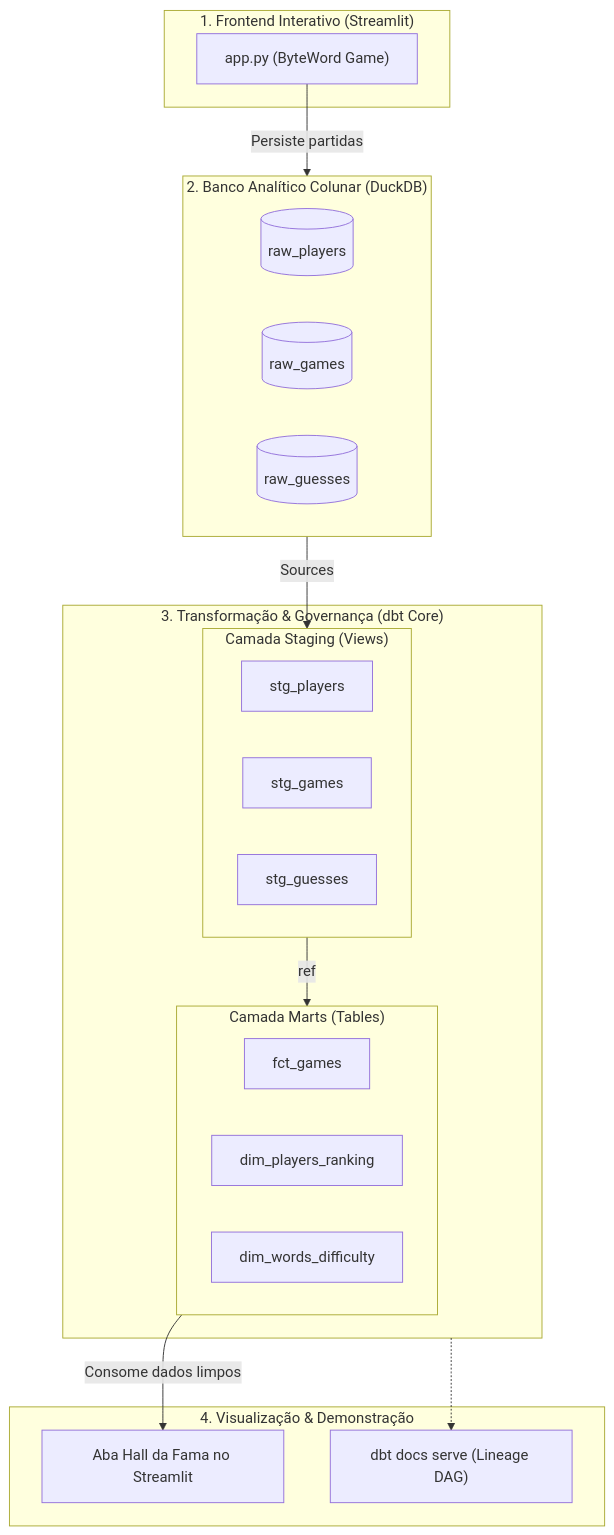
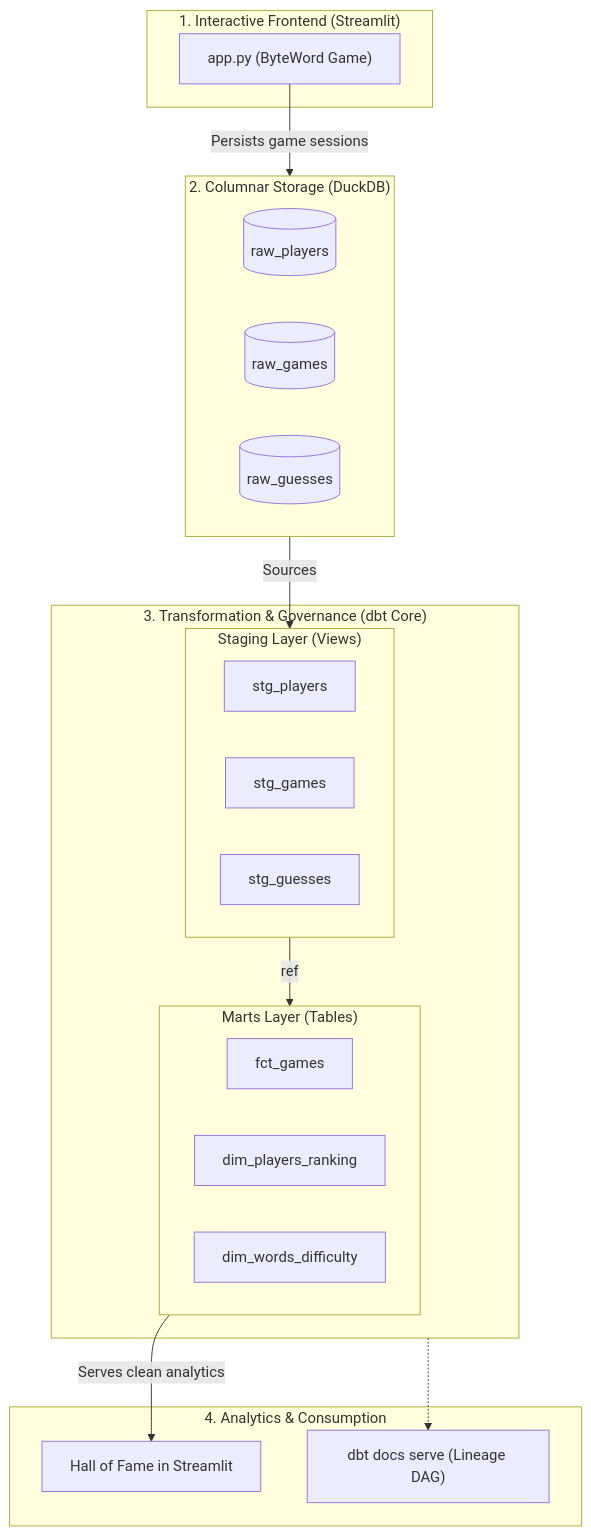
The diagram in README.md (miguelmorandini/byteword), drawn with Mermaid before and after one commit. The commit also changed other lines of this file, not shown here.

````diff
--- a/README.md
+++ b/README.md
@@ -21,36 +21,36 @@
 ```mermaid
 flowchart TD
-    subgraph Frontend["1. Frontend Interativo (Streamlit)"]
+    subgraph Frontend["1. Interactive Frontend (Streamlit)"]
         UI["app.py (ByteWord Game)"]
     end
 
-    subgraph Storage["2. Banco Analítico Colunar (DuckDB)"]
+    subgraph Storage["2. Columnar Storage (DuckDB)"]
         RawP[("raw_players")]
         RawG[("raw_games")]
         RawGu[("raw_guesses")]
     end
 
-    subgraph dbt["3. Transformação & Governança (dbt Core)"]
-        subgraph Staging["Camada Staging (Views)"]
+    subgraph dbt["3. Transformation & Governance (dbt Core)"]
+        subgraph Staging["Staging Layer (Views)"]
             StgP["stg_players"]
             StgG["stg_games"]
             StgGu["stg_guesses"]
         end
-        subgraph Marts["Camada Marts (Tables)"]
+        subgraph Marts["Marts Layer (Tables)"]
             FctG["fct_games"]
             DimP["dim_players_ranking"]
             DimW["dim_words_difficulty"]
         end
     end
 
-    subgraph BI["4. Visualização & Demonstração"]
-        Leaderboard["Aba Hall da Fama no Streamlit"]
+    subgraph BI["4. Analytics & Consumption"]
+        Leaderboard["Hall of Fame in Streamlit"]
         Docs["dbt docs serve (Lineage DAG)"]
     end
 
-    UI -->|Persiste partidas| Storage
+    UI -->|Persists game sessions| Storage
     Storage -->|Sources| Staging
     Staging -->|ref| Marts
-    Marts -->|Consome dados limpos| Leaderboard
+    Marts -->|Serves clean analytics| Leaderboard
     dbt -.-> Docs
 ```
````
